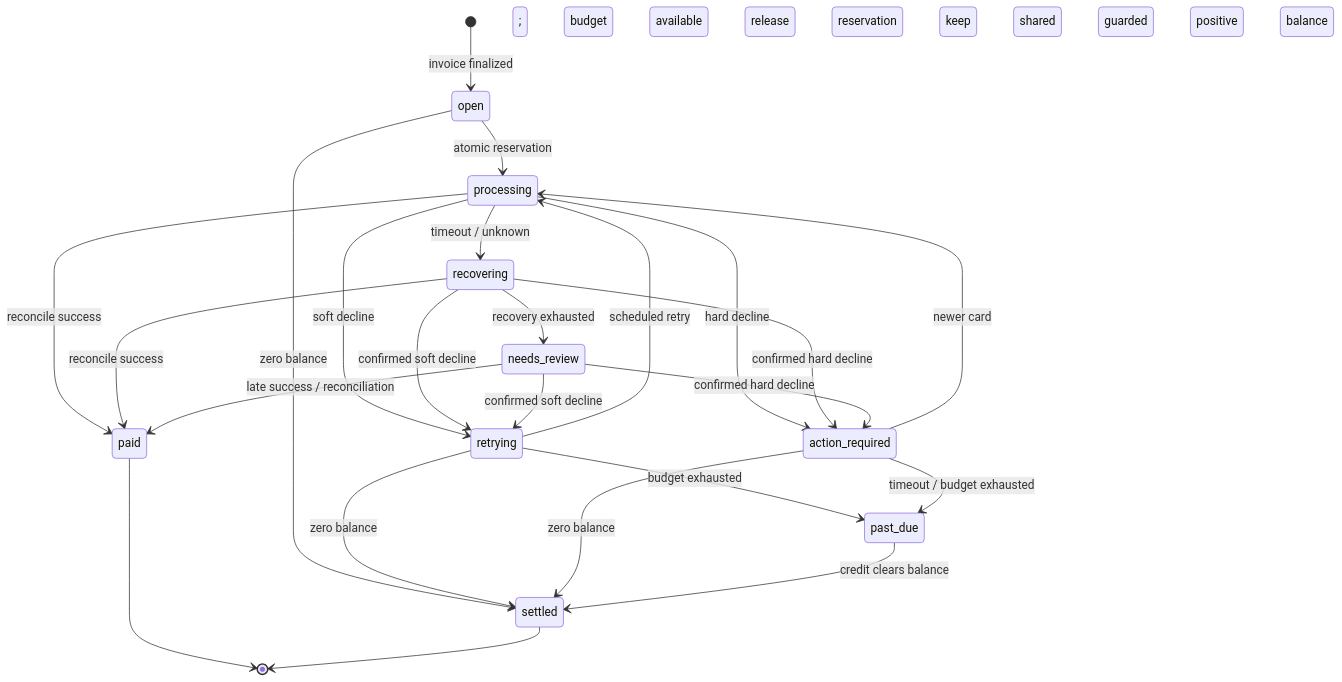
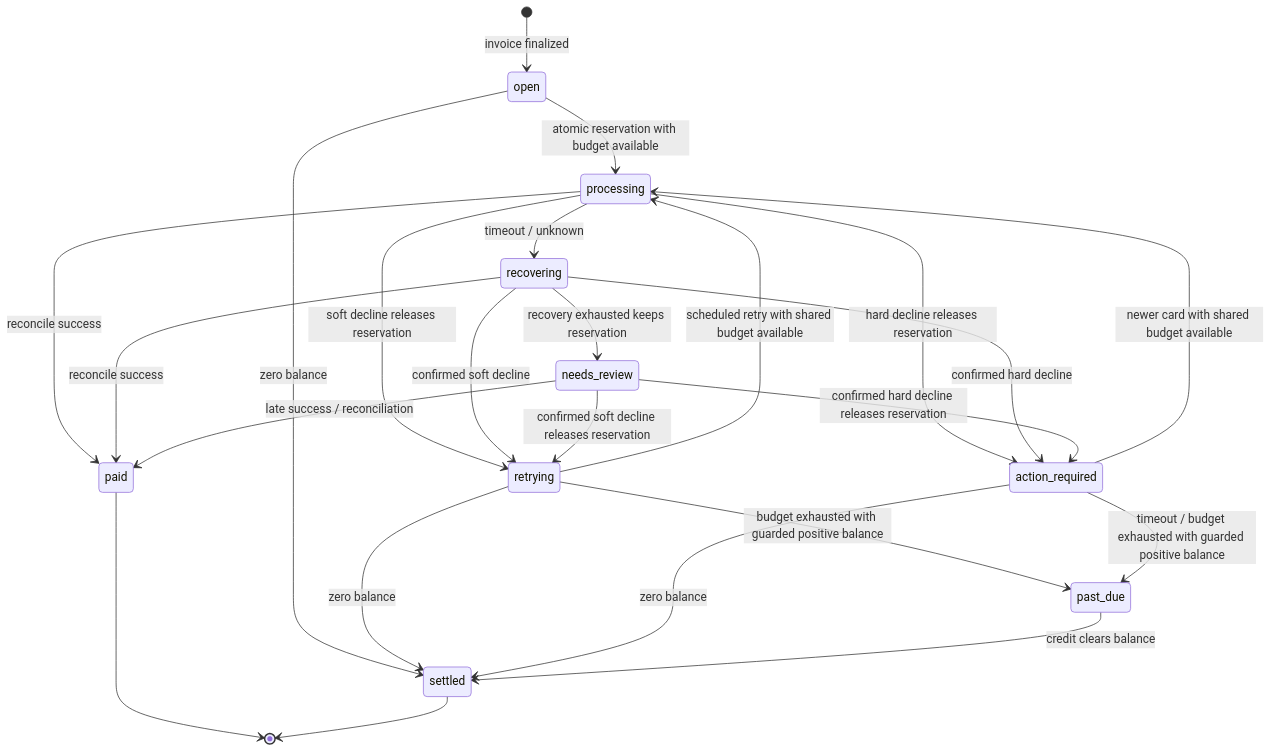
The fifth of 5 diagrams in docs/payment-workflow.md (karlwang3420/cf-ai-powered-assignment), drawn with Mermaid before and after one commit. The commit also changed other lines of this file and 44 other files, not shown here.

````diff
--- a/docs/payment-workflow.md
+++ b/docs/payment-workflow.md
@@ -206,26 +209,26 @@
 ```mermaid
 stateDiagram-v2
     [*] --> open: invoice finalized
-    open --> processing: atomic reservation; budget available
+    open --> processing: atomic reservation with budget available
     open --> settled: zero balance
     processing --> paid: reconcile success
-    processing --> retrying: soft decline; release reservation
-    processing --> action_required: hard decline; release reservation
+    processing --> retrying: soft decline releases reservation
+    processing --> action_required: hard decline releases reservation
     processing --> recovering: timeout / unknown
     recovering --> paid: reconcile success
     recovering --> retrying: confirmed soft decline
     recovering --> action_required: confirmed hard decline
-    recovering --> needs_review: recovery exhausted; keep reservation
+    recovering --> needs_review: recovery exhausted keeps reservation
     needs_review --> paid: late success / reconciliation
-    needs_review --> retrying: confirmed soft decline; release reservation
-    needs_review --> action_required: confirmed hard decline; release reservation
-    retrying --> processing: scheduled retry; shared budget available
+    needs_review --> retrying: confirmed soft decline releases reservation
+    needs_review --> action_required: confirmed hard decline releases reservation
+    retrying --> processing: scheduled retry with shared budget available
     retrying --> settled: zero balance
-    retrying --> past_due: budget exhausted; guarded positive balance
-    action_required --> processing: newer card; shared budget available
+    retrying --> past_due: budget exhausted with guarded positive balance
+    action_required --> processing: newer card with shared budget available
     action_required --> settled: zero balance
-    action_required --> past_due: timeout / budget exhausted; guarded positive balance
+    action_required --> past_due: timeout / budget exhausted with guarded positive balance
     past_due --> settled: credit clears balance
     paid --> [*]
     settled --> [*]
 ```
````
